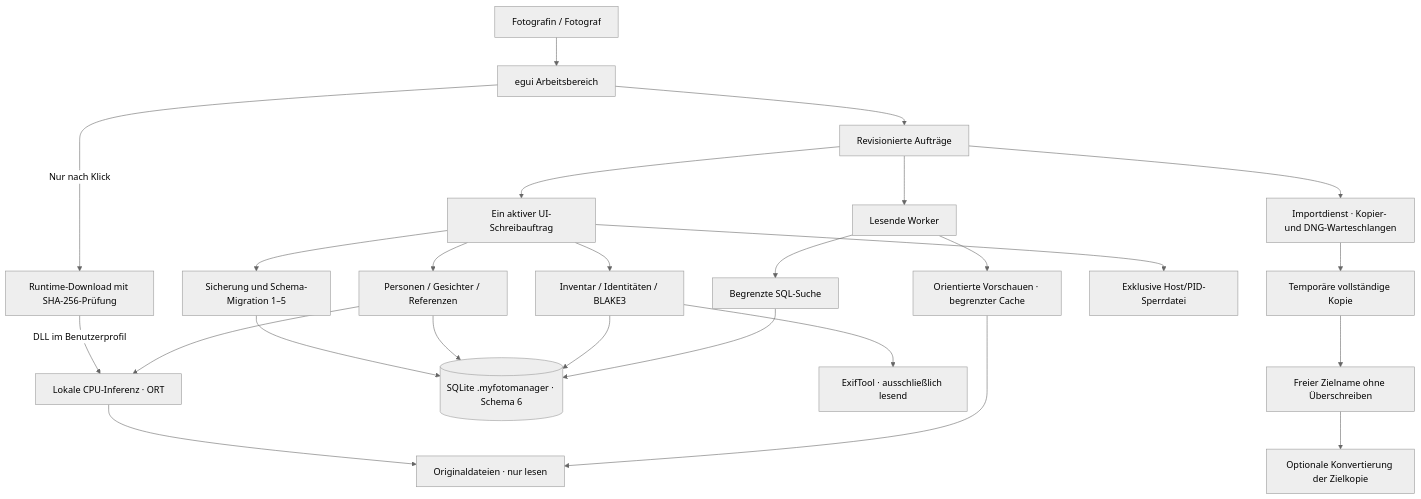
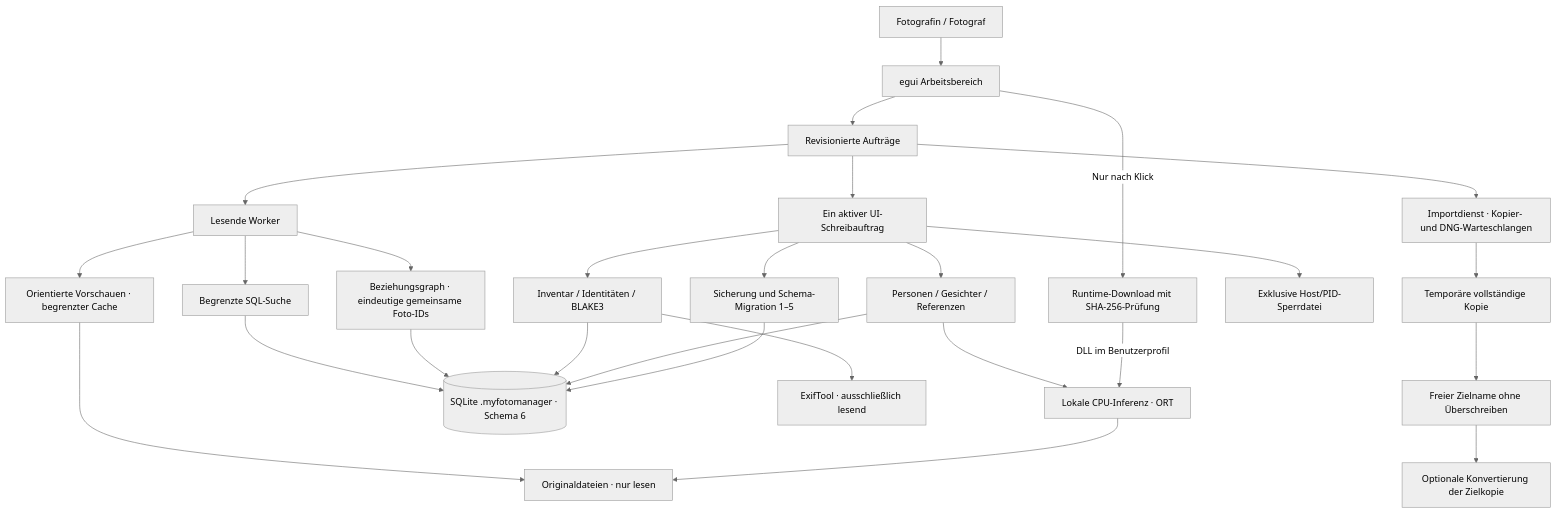
The first of 2 diagrams in docs/architektur.md (hggerdd/foto-importer), drawn with Mermaid (neutral theme) before and after one commit. The commit also changed 11 other files, not shown here.

First line of the commit message:
Show a weighted photo relationship graph

````diff
--- a/docs/architektur.md
+++ b/docs/architektur.md
@@ -7,27 +7,29 @@
 ```mermaid
 flowchart TB
     User[Fotografin / Fotograf] --> UI[egui Arbeitsbereich]
     UI --> Commands[Revisionierte Aufträge]
     Commands --> Readers[Lesende Worker]
     Commands --> Writer[Ein aktiver UI-Schreibauftrag]
     Commands --> Copy[Importdienst · Kopier- und DNG-Warteschlangen]
     Readers --> Query[Begrenzte SQL-Suche]
+    Readers --> Graph[Beziehungsgraph · eindeutige gemeinsame Foto-IDs]
     Readers --> Preview[Orientierte Vorschauen · begrenzter Cache]
     Writer --> Index[Inventar / Identitäten / BLAKE3]
     Writer --> Faces[Personen / Gesichter / Referenzen]
     Writer --> Migrations[Sicherung und Schema-Migration 1–5]
     Faces --> ONNX[Lokale CPU-Inferenz · ORT]
     UI -->|Nur nach Klick| Runtime[Runtime-Download mit SHA-256-Prüfung]
     Runtime -->|DLL im Benutzerprofil| ONNX
     Writer --> Lock[Exklusive Host/PID-Sperrdatei]
     Query --> DB[(SQLite .myfotomanager · Schema 6)]
+    Graph --> DB
     Index --> DB
     Faces --> DB
     Migrations --> DB
     Index --> Exif[ExifTool · ausschließlich lesend]
     Copy --> Stage[Temporäre vollständige Kopie]
     Stage --> Target[Freier Zielname ohne Überschreiben]
     Target --> Adobe[Optionale Konvertierung der Zielkopie]
     Preview --> Originals[Originaldateien · nur lesen]
     ONNX --> Originals
 ```
````
